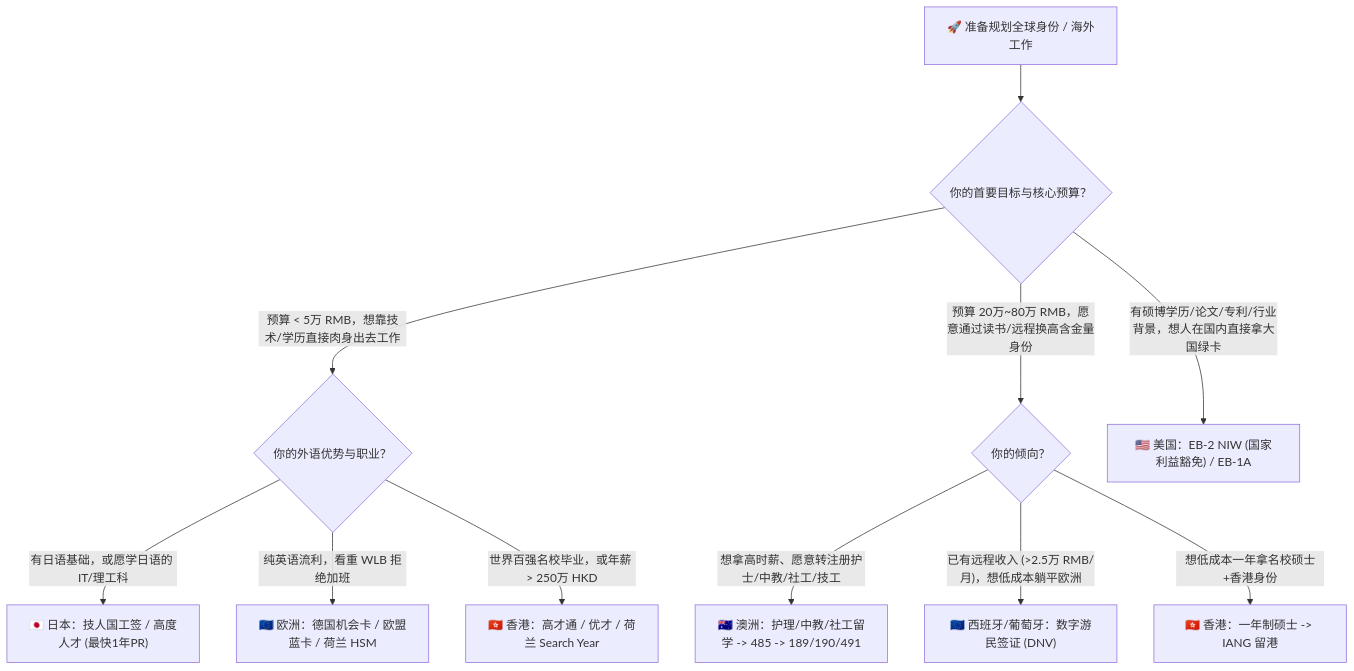
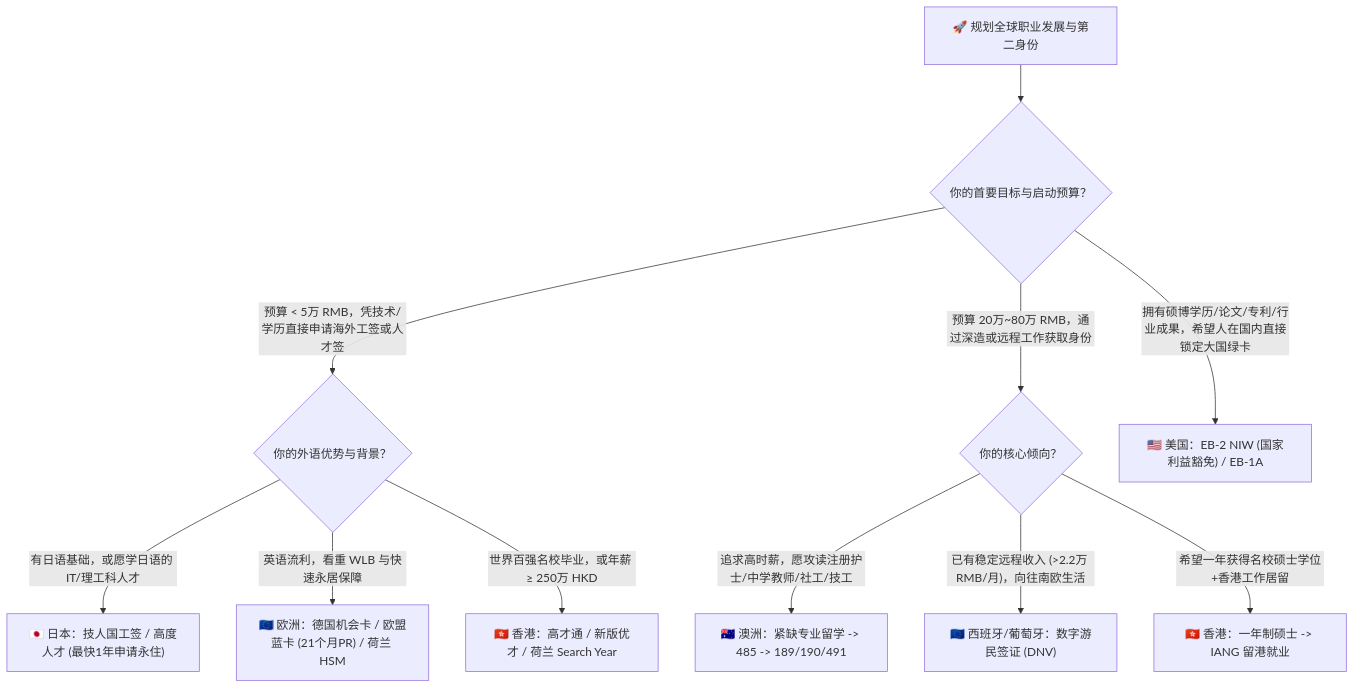
Before and after one commit to Flowers2Algernon/Get_PR: the diagram in README.md, drawn with Mermaid. The commit also changed other lines of this file and 5 other files, not shown here.

````diff
--- a/README.md
+++ b/README.md
@@ -61,16 +63,16 @@
 ```mermaid
 flowchart TD
-    Start["🚀 准备规划全球身份 / 海外工作"] --> Q1{"你的首要目标与核心预算？"}
+    Start["🚀 规划全球职业发展与第二身份"] --> Q1{"你的首要目标与启动预算？"}
     
-    Q1 -->|"预算 < 5万 RMB，想靠技术/学历直接肉身出去工作"| DirectWork{"你的外语优势与职业？"}
-    DirectWork -->|"有日语基础，或愿学日语的 IT/理工科"| JP["🇯🇵 日本：技人国工签 / 高度人才 (最快1年PR)"]
-    DirectWork -->|"纯英语流利，看重 WLB 拒绝加班"| EU["🇪🇺 欧洲：德国机会卡 / 欧盟蓝卡 / 荷兰 HSM"]
-    DirectWork -->|"世界百强名校毕业，或年薪 > 250万 HKD"| HK["🇭🇰 香港：高才通 / 优才 / 荷兰 Search Year"]
+    Q1 -->|"预算 < 5万 RMB，凭技术/学历直接申请海外工签或人才签"| DirectWork{"你的外语优势与背景？"}
+    DirectWork -->|"有日语基础，或愿学日语的 IT/理工科人才"| JP["🇯🇵 日本：技人国工签 / 高度人才 (最快1年申请永住)"]
+    DirectWork -->|"英语流利，看重 WLB 与快速永居保障"| EU["🇪🇺 欧洲：德国机会卡 / 欧盟蓝卡 (21个月PR) / 荷兰 HSM"]
+    DirectWork -->|"世界百强名校毕业，或年薪 ≥ 250万 HKD"| HK["🇭🇰 香港：高才通 / 新版优才 / 荷兰 Search Year"]
 
-    Q1 -->|"预算 20万~80万 RMB，愿意通过读书/远程换高含金量身份"| StudyOrDN{"你的倾向？"}
-    StudyOrDN -->|"想拿高时薪、愿意转注册护士/中教/社工/技工"| AU["🇦🇺 澳洲：护理/中教/社工留学 -> 485 -> 189/190/491"]
-    StudyOrDN -->|"已有远程收入 (>2.5万 RMB/月)，想低成本躺平欧洲"| EUDN["🇪🇺 西班牙/葡萄牙：数字游民签证 (DNV)"]
-    StudyOrDN -->|"想低成本一年拿名校硕士+香港身份"| HKIANG["🇭🇰 香港：一年制硕士 -> IANG 留港"]
+    Q1 -->|"预算 20万~80万 RMB，通过深造或远程工作获取身份"| StudyOrDN{"你的核心倾向？"}
+    StudyOrDN -->|"追求高时薪，愿攻读注册护士/中学教师/社工/技工"| AU["🇦🇺 澳洲：紧缺专业留学 -> 485 -> 189/190/491"]
+    StudyOrDN -->|"已有稳定远程收入 (>2.2万 RMB/月)，向往南欧生活"| EUDN["🇪🇺 西班牙/葡萄牙：数字游民签证 (DNV)"]
+    StudyOrDN -->|"希望一年获得名校硕士学位+香港工作居留"| HKIANG["🇭🇰 香港：一年制硕士 -> IANG 留港就业"]
 
-    Q1 -->|"有硕博学历/论文/专利/行业背景，想人在国内直接拿大国绿卡"| USGreenCard["🇺🇸 美国：EB-2 NIW (国家利益豁免) / EB-1A"]
+    Q1 -->|"拥有硕博学历/论文/专利/行业成果，希望人在国内直接锁定大国绿卡"| USGreenCard["🇺🇸 美国：EB-2 NIW (国家利益豁免) / EB-1A"]
 ```
````
